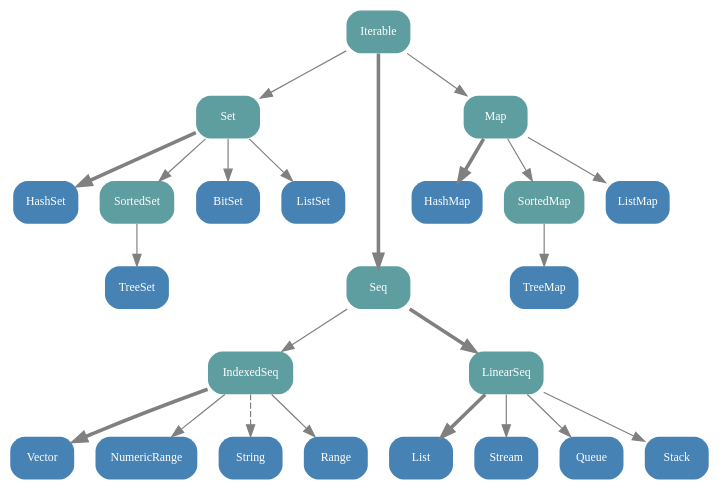
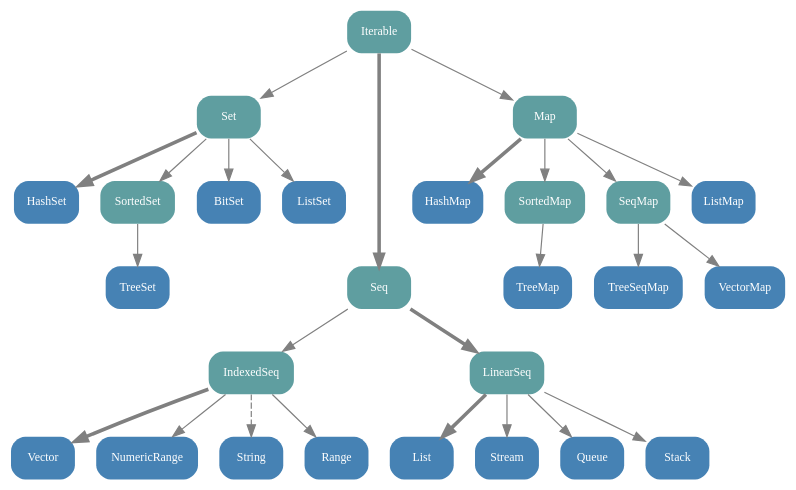
The diagram in src/scala.collection.immutable.gv (er1c/scala-collections-charts), drawn with Graphviz before and after one commit. The commit also changed 4 other files, not shown here.

```diff
--- a/src/scala.collection.immutable.gv
+++ b/src/scala.collection.immutable.gv
@@ -1,68 +1,75 @@
 // dot graphs for the Scala 2.13 Collections API
 // package scala.collection.immutable
 // (C) 2010 by Mathias
+// (C) 2015 and 2019 by Mike Slinn
 
 digraph "scala.collection.immutable" {
   bgcolor=transparent
   dpi=68
 
   // layout help
   node [shape=point, style=invis]
   edge [style=invis]
   Level0 -> Level1 -> Level2 -> Level3 -> Level4 -> Level5
 
   // node definitions
   node [shape=box, style="rounded, filled", fontname=tahoma, fontsize=10, fontcolor=white, color=none, fillcolor=cadetblue]
     iIterable [label="Iterable", URL="http://www.scala-lang.org/api/current/scala/collection/immutable/Iterable.html"]
       iSet [label="Set", URL="http://www.scala-lang.org/api/current/scala/collection/immutable/Set.html"]
         iHashSet [fillcolor="steelblue", label="HashSet", URL="http://www.scala-lang.org/api/current/scala/collection/immutable/HashSet.html"]
         iSortedSet [label="SortedSet", URL="http://www.scala-lang.org/api/current/scala/collection/immutable/SortedSet.html"]
           TreeSet [fillcolor="steelblue", URL="http://www.scala-lang.org/api/current/scala/collection/immutable/TreeSet.html"]
         iBitSet [fillcolor="steelblue", label="BitSet", URL="http://www.scala-lang.org/api/current/scala/collection/immutable/BitSet.html"]
         ListSet [fillcolor="steelblue", URL="http://www.scala-lang.org/api/current/scala/collection/immutable/ListSet.html"]
       iSeq [label="Seq", URL="http://www.scala-lang.org/api/current/scala/collection/immutable/Seq.html"]
         iIndexedSeq [label="IndexedSeq", URL="http://www.scala-lang.org/api/current/scala/collection/immutable/IndexedSeq.html"]
           Vector [fillcolor="steelblue", URL="http://www.scala-lang.org/api/current/scala/collection/immutable/Vector.html"]
           NumericRange [fillcolor="steelblue", URL="http://www.scala-lang.org/api/current/scala/collection/immutable/NumericRange.html"]
           String [fillcolor="steelblue", URL="http://download.oracle.com/javase/6/docs/api/java/lang/String.html"]
           Range [fillcolor="steelblue", URL="http://www.scala-lang.org/api/current/scala/collection/immutable/Range.html"]
         iLinearSeq [label="LinearSeq", URL="http://www.scala-lang.org/api/current/scala/collection/immutable/LinearSeq.html"]
           List [fillcolor="steelblue", URL="http://www.scala-lang.org/api/current/scala/collection/immutable/List.html"]
           Stream [fillcolor="steelblue", URL="http://www.scala-lang.org/api/current/scala/collection/immutable/Stream.html"]
           iQueue [fillcolor="steelblue", label="Queue", URL="http://www.scala-lang.org/api/current/scala/collection/immutable/Queue.html"]
           iStack [fillcolor="steelblue", label="Stack", URL="http://www.scala-lang.org/api/current/scala/collection/immutable/Stack.html"]
       iMap [label="Map", URL="http://www.scala-lang.org/api/current/scala/collection/immutable/Map.html"]
         iHashMap [fillcolor="steelblue", label="HashMap", URL="http://www.scala-lang.org/api/current/scala/collection/immutable/HashMap.html"]
         iSortedMap [label="SortedMap", URL="http://www.scala-lang.org/api/current/scala/collection/immutable/SortedMap.html"]
           TreeMap [fillcolor="steelblue", URL="http://www.scala-lang.org/api/current/scala/collection/immutable/TreeMap.html"]
+      iSeqMap [label="SeqMap", URL="http://www.scala-lang.org/api/current/scala/collection/immutable/SeqMap.html"]
         iListMap [fillcolor="steelblue", label="ListMap", URL="http://www.scala-lang.org/api/current/scala/collection/immutable/ListMap.html"]
+        iTreeSeqMap [fillcolor="steelblue", label="TreeSeqMap", URL="http://www.scala-lang.org/api/current/scala/collection/immutable/TreeSeqMap.html"]
+        iVectorMap [fillcolor="steelblue", label="VectorMap", URL="http://www.scala-lang.org/api/current/scala/collection/immutable/VectorMap.html"]
 
   // layout help
   { rank=same; Level1; iIterable }
   { rank=same; Level2; iSet; iMap }
-  { rank=same; Level3; }
-  { rank=same; Level4; iSeq }
+  { rank=same; Level3; iSeqMap }
+  { rank=same; Level4; iSeq; iTreeSeqMap; iVectorMap }
   { rank=same; Level5; iIndexedSeq; iLinearSeq }
 
   // edge definitions
   edge [style=solid, color=gray]
   iIterable -> iSeq [penwidth=3]
   iSeq -> iIndexedSeq
   iIndexedSeq -> Vector [penwidth=3]
   iIndexedSeq -> NumericRange
   iIndexedSeq -> Range
   iIndexedSeq -> String [style=dashed, URL="http://www.scala-lang.org/api/current/scala/collection/immutable/StringOps.html"]
   iSeq -> iLinearSeq -> List [penwidth=3]
   iLinearSeq -> Stream
   iLinearSeq -> iQueue
   iLinearSeq -> iStack
   iIterable -> iSet
   iSet -> iHashSet [penwidth=3]
   iSet -> iSortedSet -> TreeSet
   iSet -> iBitSet
   iSet -> ListSet
   iIterable -> iMap
   iMap -> iHashMap [penwidth=3]
   iMap -> iSortedMap -> TreeMap
   iMap -> iListMap
+  iMap -> iSeqMap
+  iSeqMap -> iTreeSeqMap
+  iSeqMap -> iVectorMap
 }
```
